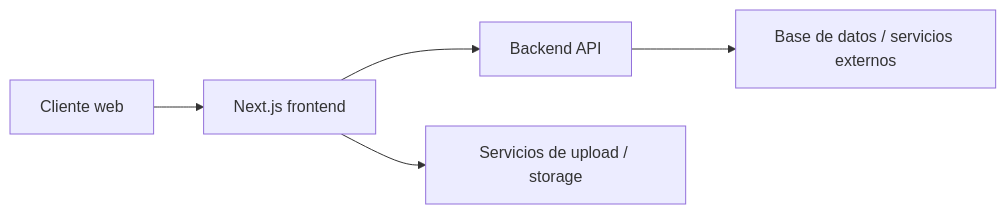
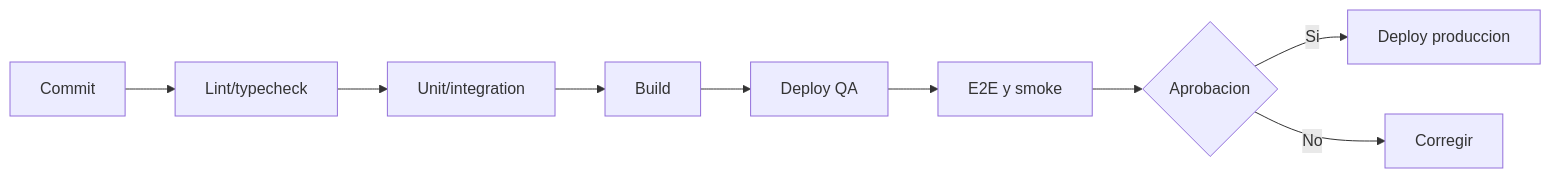
The second of 2 diagrams in docs/15-deployment.md (luismiguelgs/ciunac-admin-2), drawn with Mermaid before and after one commit. The commit also changed other lines of this file and 60 other files, not shown here.

````diff
--- a/docs/15-deployment.md
+++ b/docs/15-deployment.md
@@ -9,7 +46,11 @@
 ```mermaid
 flowchart LR
-    A["Cliente web"] --> B["Next.js frontend"]
-    B --> C["Backend API"]
-    B --> D["Servicios de upload / storage"]
-    C --> E["Base de datos / servicios externos"]
+    A["Commit"] --> B["Lint/typecheck"]
+    B --> C["Unit/integration"]
+    C --> D["Build"]
+    D --> E["Deploy QA"]
+    E --> F["E2E y smoke"]
+    F --> G{"Aprobacion"}
+    G -->|Si| H["Deploy produccion"]
+    G -->|No| I["Corregir"]
 ```
````
